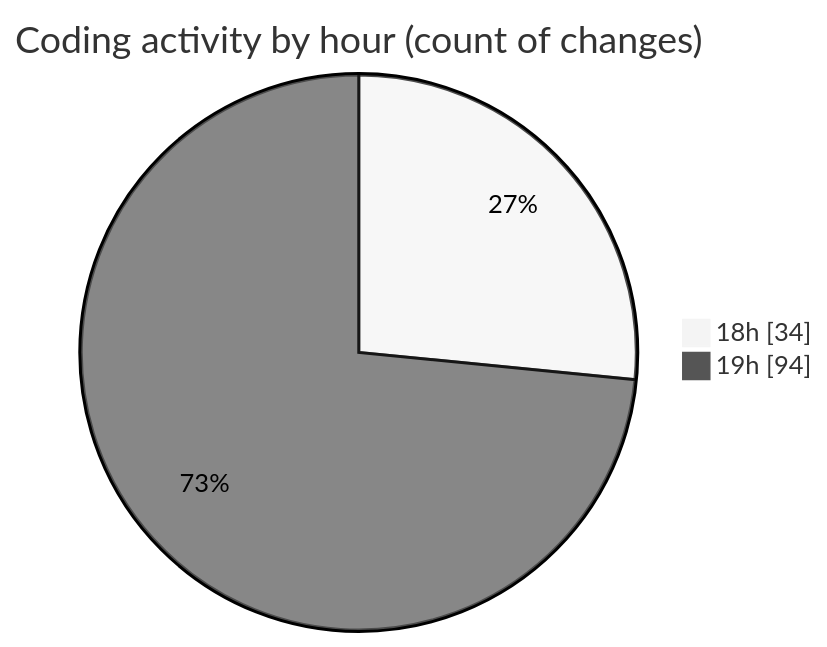
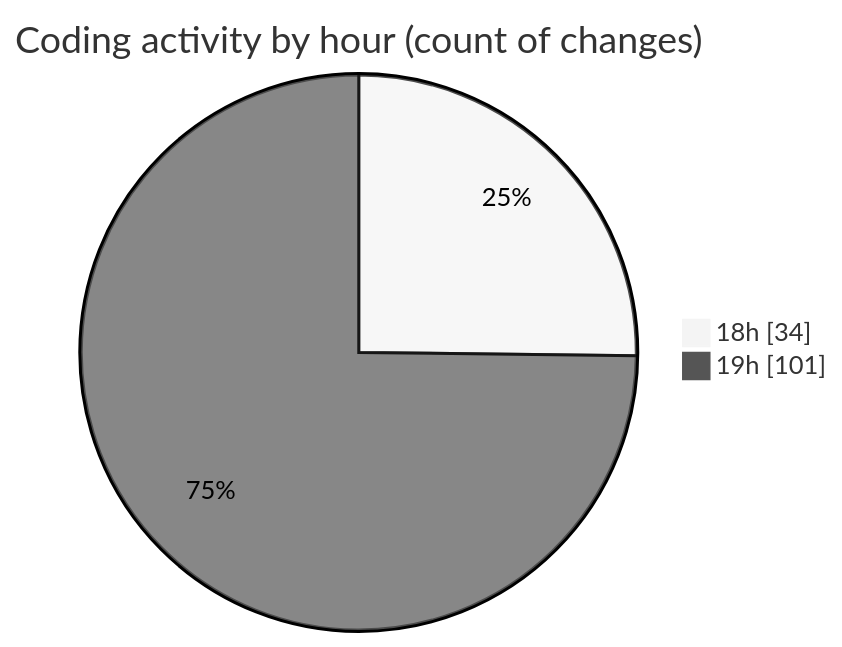
The second of 2 diagrams in 2025-04-06/back-end/README.md (Netris89/code-tracking), drawn with Mermaid (neutral theme) before and after one commit. The commit also changed other lines of this file and 1 other file, not shown here.

````diff
--- a/2025-04-06/back-end/README.md
+++ b/2025-04-06/back-end/README.md
@@ -54,6 +55,6 @@
 ```mermaid
 pie showData
 title Coding activity by hour (count of changes)
 "18h" : 34
-"19h" : 94
+"19h" : 101
 ```
````
